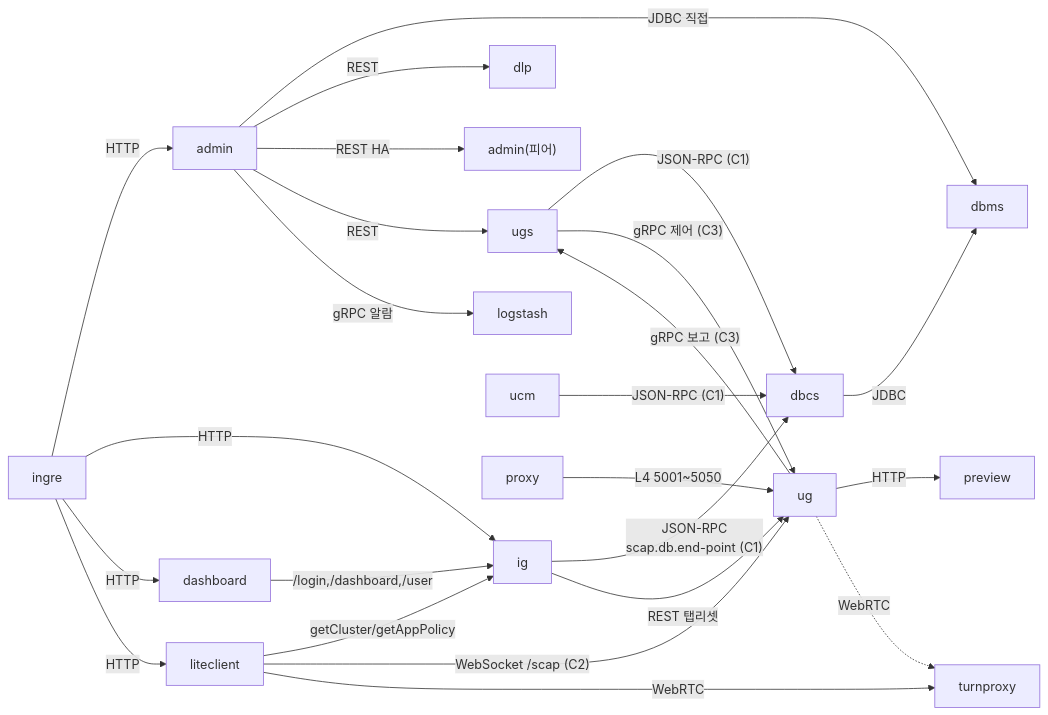
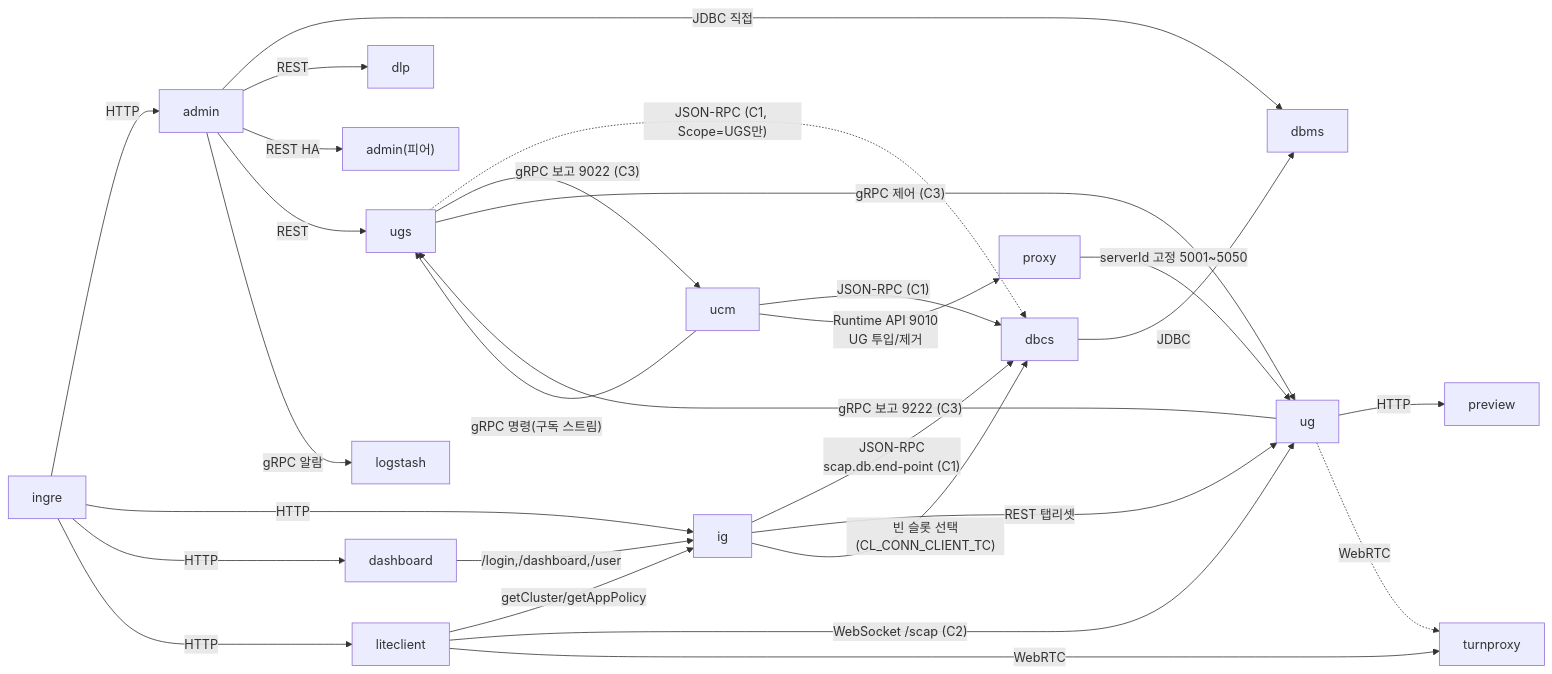
Before and after one commit to nohseungkwon/RBI-QA: the second of 3 diagrams in RBI-솔루션-아키텍처-가이드.md, drawn with Mermaid. The commit also changed other lines of this file and 5 other files, not shown here.

````diff
--- a/RBI-솔루션-아키텍처-가이드.md
+++ b/RBI-솔루션-아키텍처-가이드.md
@@ -182,31 +186,35 @@
 ```mermaid
 flowchart LR
     ingre -->|HTTP| admin
     ingre -->|HTTP| ig
     ingre -->|HTTP| dashboard
     ingre -->|HTTP| liteclient
 
     admin -->|JDBC 직접| dbms
     admin -->|REST| dlp
     admin -->|REST HA| admin2["admin(피어)"]
     admin -->|REST| ugs
     admin -->|gRPC 알람| logstash
 
     ig -->|"JSON-RPC<br/>scap.db.end-point (C1)"| dbcs
     ig -->|"REST 탭리셋"| ug
     dbcs -->|JDBC| dbms
 
     ucm -->|"JSON-RPC (C1)"| dbcs
-    ugs -->|"JSON-RPC (C1)"| dbcs
+    ucm -->|"Runtime API 9010<br/>UG 투입/제거"| proxy
+    ugs -.->|"JSON-RPC (C1, Scope=UGS만)"| dbcs
+    ugs -->|"gRPC 보고 9022 (C3)"| ucm
+    ucm -->|"gRPC 명령(구독 스트림)"| ugs
     ugs -->|"gRPC 제어 (C3)"| ug
+    ig -->|"빈 슬롯 선택(CL_CONN_CLIENT_TC)"| dbcs
 
-    proxy -->|L4 5001~5050| ug
-    ug -->|"gRPC 보고 (C3)"| ugs
+    proxy -->|"serverId 고정 5001~5050"| ug
+    ug -->|"gRPC 보고 9222 (C3)"| ugs
     ug -->|HTTP| preview
     ug -.->|WebRTC| turnproxy
 
     liteclient -->|getCluster/getAppPolicy| ig
     liteclient -->|"WebSocket /scap (C2)"| ug
     liteclient -->|WebRTC| turnproxy
     dashboard -->|"/login,/dashboard,/user"| ig
 ```
````
